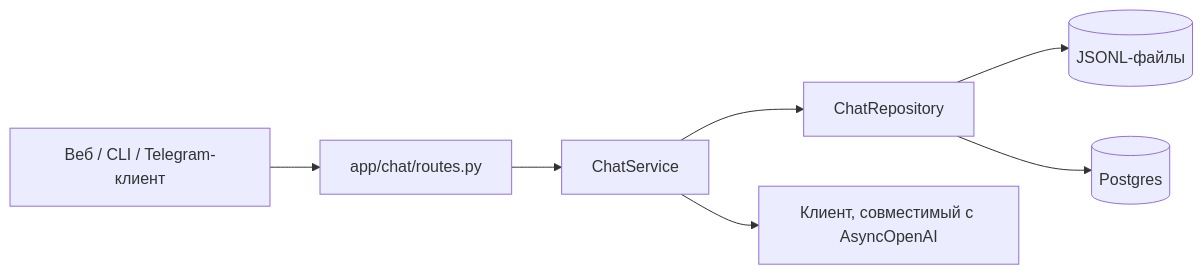
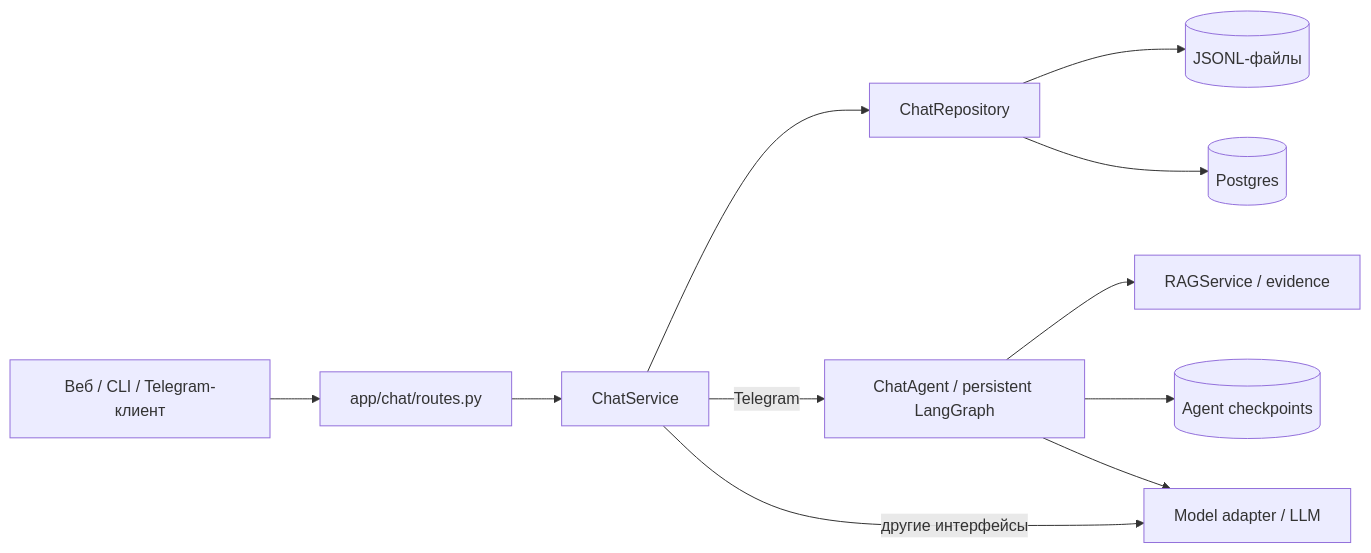
Before and after one commit to skoroko/Support_Copilot: the diagram in docs/chat.md, drawn with Mermaid. The commit also changed other lines of this file and 19 other files, not shown here.

Commit message:
docs: explain diploma architecture and audit submission materials

````diff
--- a/docs/chat.md
+++ b/docs/chat.md
@@ -10,17 +14,24 @@
 ```mermaid
 flowchart LR
     Client[Веб / CLI / Telegram-клиент]
     Routes[app/chat/routes.py]
     Service[ChatService]
     Repo[ChatRepository]
     Json[(JSONL-файлы)]
     Pg[(Postgres)]
-    LLM[Клиент, совместимый с AsyncOpenAI]
+    Agent[ChatAgent / persistent LangGraph]
+    RAG[RAGService / evidence]
+    Saver[(Agent checkpoints)]
+    LLM[Model adapter / LLM]
 
     Client --> Routes
     Routes --> Service
     Service --> Repo
     Repo --> Json
     Repo --> Pg
-    Service --> LLM
+    Service -->|Telegram| Agent
+    Agent --> RAG
+    Agent --> Saver
+    Agent --> LLM
+    Service -->|другие интерфейсы| LLM
 ```
````
